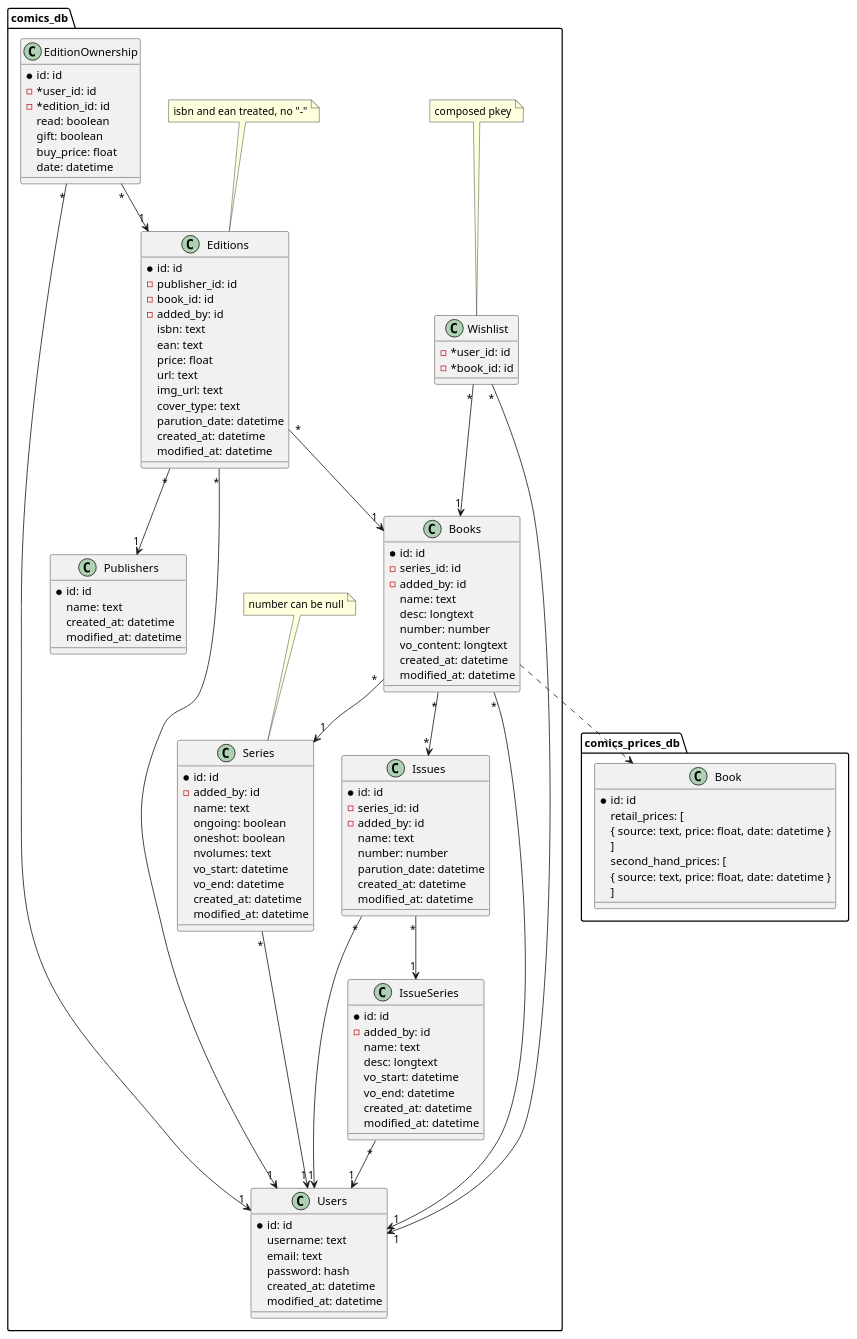
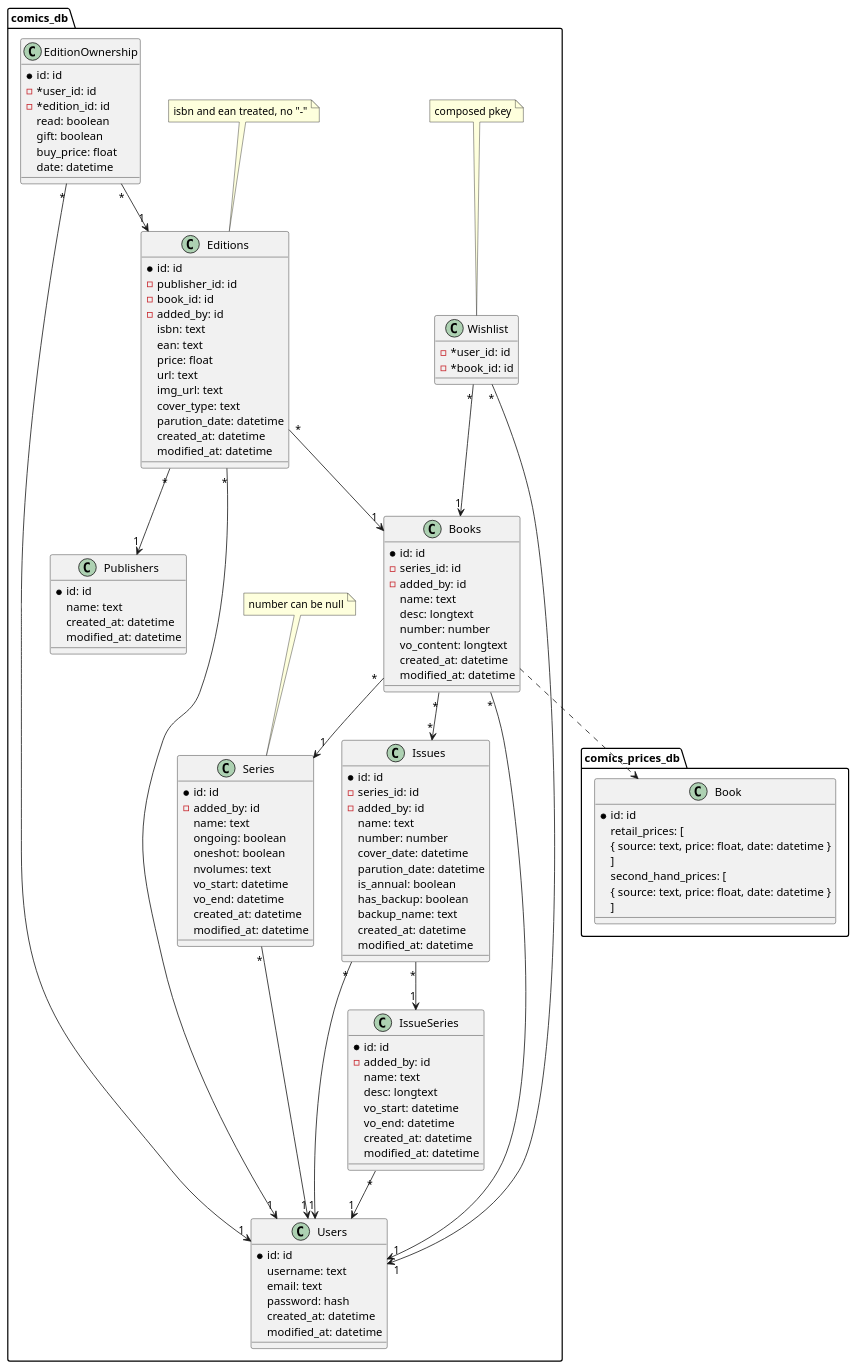
One commit to StutenEXE/comics-engineering changed the diagram in db/mcd.puml. Above: the diagram before and after it, drawn with PlantUML. The commit also changed 3 other files, not shown here.

```diff
--- a/db/mcd.puml
+++ b/db/mcd.puml
@@ -1,137 +1,141 @@
 @startuml mcd comics engineering
 
 package comics_db {
     class Users {
         *id: id
         username: text
         email: text
         password: hash
         created_at: datetime
         modified_at: datetime
     }
 
     class IssueSeries {
         *id: id
         -added_by: id
         name: text
         desc: longtext
         vo_start: datetime
         vo_end: datetime
         created_at: datetime
         modified_at: datetime
     }
 
     class Issues {
         *id: id
         -series_id: id
         -added_by: id
         name: text
         number: number
+        cover_date: datetime
         parution_date: datetime
+        is_annual: boolean
+        has_backup: boolean
+        backup_name: text
         created_at: datetime
         modified_at: datetime
     }
 
     class Books {
         *id: id
         -series_id: id
         -added_by: id
         name: text
         desc: longtext
         number: number
         vo_content: longtext
         created_at: datetime
         modified_at: datetime
     }
 
     class Editions {
         *id: id
         -publisher_id: id
         -book_id: id
         -added_by: id
         isbn: text
         ean: text
         price: float
         url: text
         img_url: text
         cover_type: text
         parution_date: datetime
         created_at: datetime
         modified_at: datetime
     }
     note top: isbn and ean treated, no "-"
 
     class Series {
         *id: id
         -added_by: id
         name: text
         ongoing: boolean
         oneshot: boolean
         nvolumes: text
         vo_start: datetime
         vo_end: datetime
         created_at: datetime
         modified_at: datetime
     }
     note top: number can be null
 
     class Publishers {
         *id: id
         name: text
         created_at: datetime
         modified_at: datetime
     }
 	
 	class EditionOwnership {
         *id: id
         - *user_id: id
         - *edition_id: id
         read: boolean
         gift: boolean
         buy_price: float
         date: datetime
     }
 
     class Wishlist {
         - *user_id: id
         - *book_id: id
     }
     note top: composed pkey
 }
 
 package comics_prices_db {
     class Book {
         *id: id
         retail_prices: [
             { source: text, price: float, date: datetime }
         ]
         second_hand_prices: [
             { source: text, price: float, date: datetime }
         ]
     }
 }
 
 IssueSeries "*" --> "1" Users
 
 Issues "*" --> "1" IssueSeries
 Issues "*" --> "1" Users 
 
 Books "*" --> "*" Issues
 
 EditionOwnership "*" --> "1" Editions
 EditionOwnership "*" --> "1" Users
 
 Wishlist "*" --> "1" comics_db.Books
 Wishlist "*" --> "1" Users
 
 Editions "*" --> "1" comics_db.Books
 Editions "*" --> "1" Publishers
 Editions "*" --> "1" Users
 
 comics_db.Books "*" --> "1" Series
 comics_db.Books "*" --> "1" Users
 comics_db.Books ..> comics_prices_db.Book
 
 comics_db.Series "*" --> "1" Users
 
 @enduml
```
